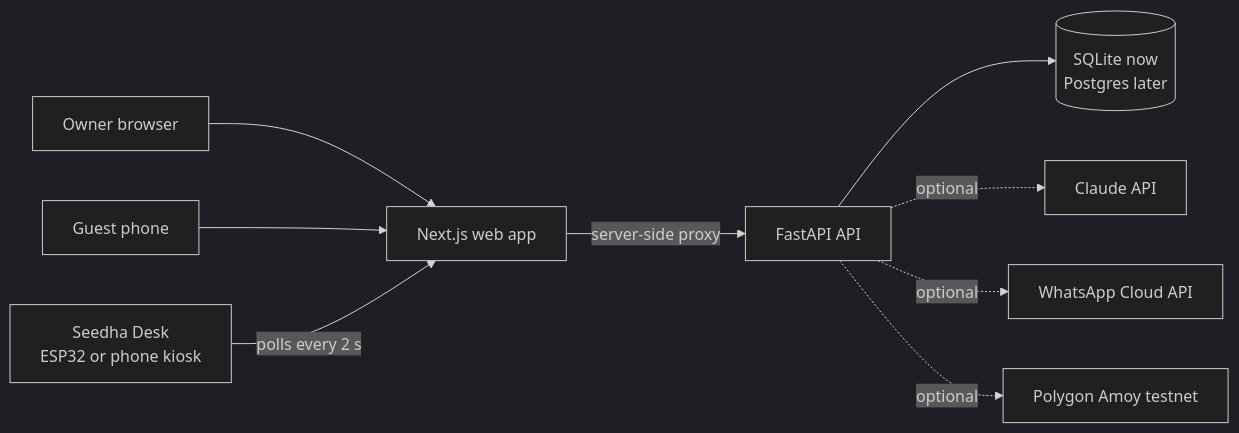
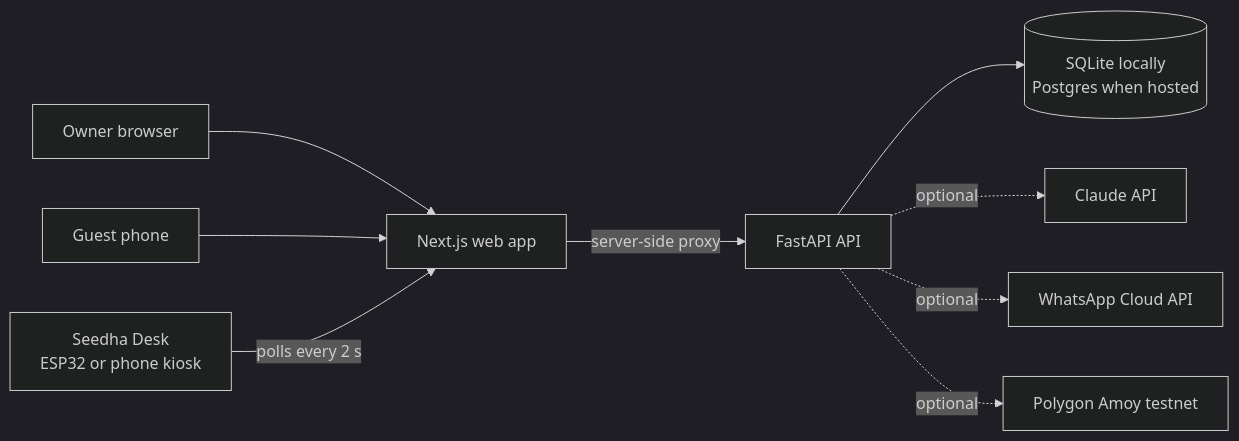
The diagram in README.md (aaravfractal/seedha), drawn with Mermaid (dark theme) before and after one commit. The commit also changed other lines of this file and 5 other files, not shown here.

Commit message:
Final docs audit fixes: hosting deploy order (API needs WEB_ORIGIN before its first start), step-count wording, Postgres and test counts in the README, hosted section in README-dev, payments always reported simulated

````diff
--- a/README.md
+++ b/README.md
@@ -49,11 +49,11 @@
 ```mermaid
 flowchart LR
   Owner[Owner browser] --> Web[Next.js web app]
   Guest[Guest phone] --> Web
   Desk[Seedha Desk<br/>ESP32 or phone kiosk] -->|polls every 2 s| Web
   Web -->|server-side proxy| API[FastAPI API]
-  API --> DB[(SQLite now<br/>Postgres later)]
+  API --> DB[(SQLite locally<br/>Postgres when hosted)]
   API -.->|optional| Claude[Claude API]
   API -.->|optional| WA[WhatsApp Cloud API]
   API -.->|optional| Amoy[Polygon Amoy testnet]
 ```
````
